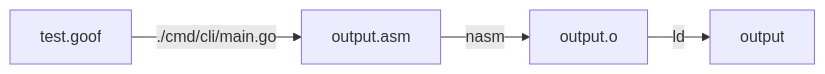
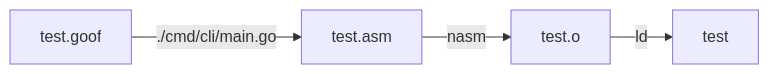
One commit to sneaky-potato/goof changed the diagram in README.md. Above: the diagram before and after it, drawn with Mermaid. The commit also changed other lines of this file, not shown here.

````diff
--- a/README.md
+++ b/README.md
@@ -32,4 +32,4 @@
 ```mermaid
 flowchart LR
-    A[test.goof]-- ./cmd/cli/main.go -->B[output.asm]-- nasm -->C[output.o]-- ld -->D[output]
+    A[test.goof]-- ./cmd/cli/main.go -->B[test.asm]-- nasm -->C[test.o]-- ld -->D[test]
 ```
````
